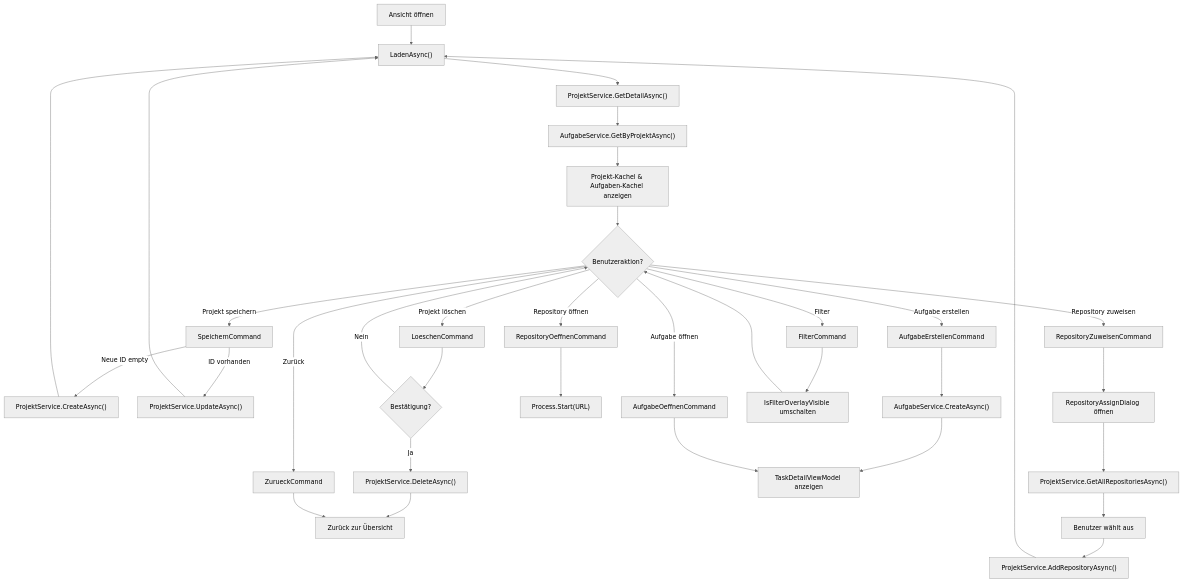
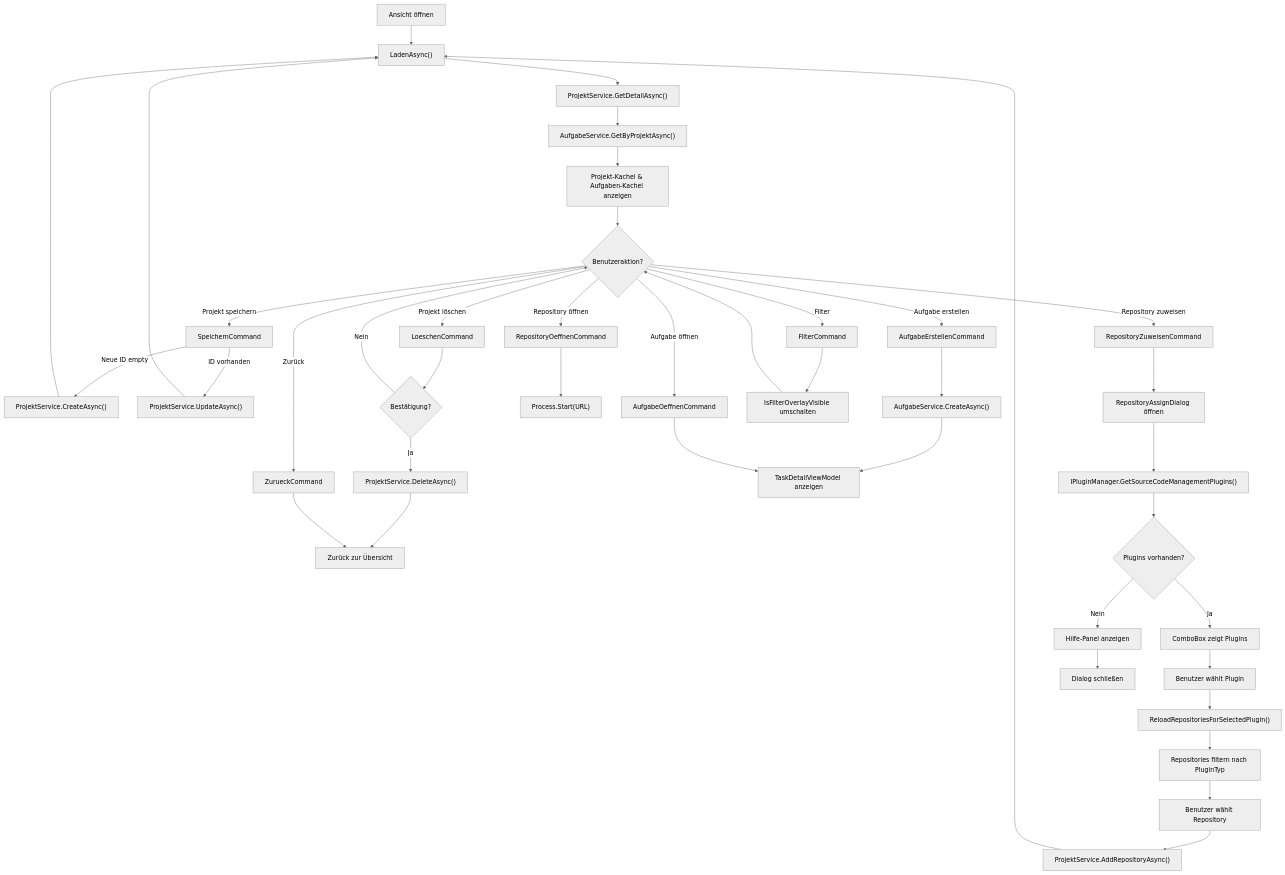
The diagram in docs/help/projekte/ablauf-technisch.md (martin-stromberg/Softwareschmiede), drawn with Mermaid (neutral theme) before and after one commit. The commit also changed other lines of this file and 31 other files, not shown here.

First line of the commit message:
feat: WPF-Plugin-Verfügbarkeit — SCM-Plugin-Auswahl im Repository-Zuweisung-Dialog

````diff
--- a/docs/help/projekte/ablauf-technisch.md
+++ b/docs/help/projekte/ablauf-technisch.md
@@ -232,45 +259,52 @@
 ```mermaid
 flowchart TD
     Start[Ansicht öffnen] --> Load["LadenAsync()"]
     Load --> LoadProj["ProjektService.GetDetailAsync()"]
     LoadProj --> LoadTasks["AufgabeService.GetByProjektAsync()"]
     LoadTasks --> ShowUI["Projekt-Kachel & Aufgaben-Kachel anzeigen"]
     
     ShowUI --> UserAction{Benutzeraktion?}
     
     UserAction -->|Projekt speichern| SaveProj["SpeichernCommand"]
     SaveProj -->|Neue ID empty| CreateProj["ProjektService.CreateAsync()"]
     SaveProj -->|ID vorhanden| UpdateProj["ProjektService.UpdateAsync()"]
     CreateProj --> Load
     UpdateProj --> Load
     
     UserAction -->|Projekt löschen| DelCmd["LoeschenCommand"]
     DelCmd --> Confirm{"Bestätigung?"}
     Confirm -->|Nein| UserAction
     Confirm -->|Ja| DeleteProj["ProjektService.DeleteAsync()"]
     DeleteProj --> Back["Zurück zur Übersicht"]
     
     UserAction -->|Repository zuweisen| RepoCmd["RepositoryZuweisenCommand"]
     RepoCmd --> Dialog["RepositoryAssignDialog öffnen"]
-    Dialog --> LoadRepos["ProjektService.GetAllRepositoriesAsync()"]
-    LoadRepos --> Select["Benutzer wählt aus"]
+    Dialog --> LoadPlugins["IPluginManager.GetSourceCodeManagementPlugins()"]
+    LoadPlugins --> CheckPlugins{Plugins vorhanden?}
+    CheckPlugins -->|Ja| ShowCombo["ComboBox zeigt Plugins"]
+    CheckPlugins -->|Nein| ShowHelp["Hilfe-Panel anzeigen"]
+    ShowCombo --> SelectPlugin["Benutzer wählt Plugin"]
+    SelectPlugin --> ReloadRepos["ReloadRepositoriesForSelectedPlugin()"]
+    ReloadRepos --> FilterRepos["Repositories filtern nach PluginTyp"]
+    FilterRepos --> Select["Benutzer wählt Repository"]
     Select --> AssignRepo["ProjektService.AddRepositoryAsync()"]
     AssignRepo --> Load
+    ShowHelp --> BackDialog["Dialog schließen"]
     
     UserAction -->|Repository öffnen| OpenCmd["RepositoryOeffnenCommand"]
     OpenCmd --> OpenBrowser["Process.Start(URL)"]
     
     UserAction -->|Aufgabe erstellen| NewCmd["AufgabeErstellenCommand"]
     NewCmd --> CreateTask["AufgabeService.CreateAsync()"]
     CreateTask --> ShowDetail["TaskDetailViewModel anzeigen"]
     
     UserAction -->|Filter| FilterCmd["FilterCommand"]
     FilterCmd --> ToggleOverlay["IsFilterOverlayVisible umschalten"]
     ToggleOverlay --> UserAction
     
     UserAction -->|Aufgabe öffnen| OpenTask["AufgabeOeffnenCommand"]
     OpenTask --> ShowDetail
     
     UserAction -->|Zurück| BackCmd["ZurueckCommand"]
     BackCmd --> Back
 ```
````
